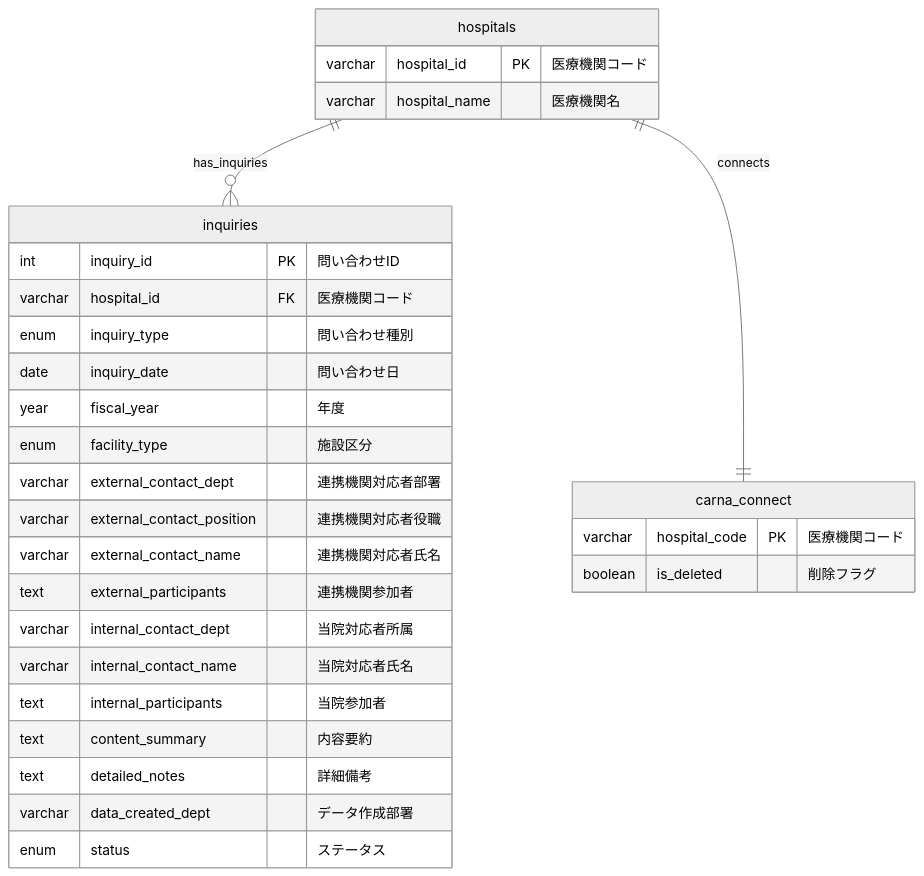
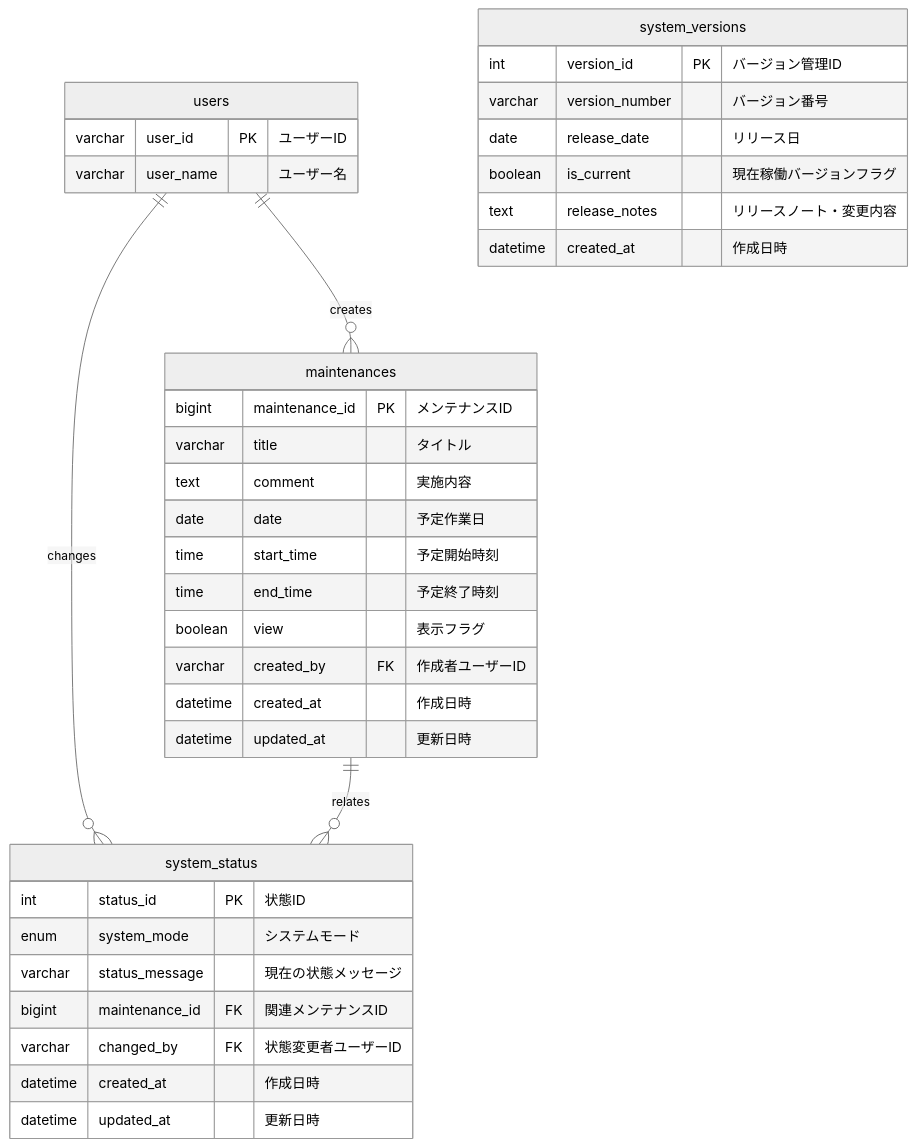
The ninth of 10 diagrams in rebuild/資料/新医療機関システム/仕様書等/DB/E-R/ER_diagram.md (w3422008/update_DB), drawn with Mermaid (neutral theme) before and after one commit. The commit also changed other lines of this file and 5 other files, not shown here.

Commit message:
E-R図作成

````diff
--- a/rebuild/資料/新医療機関システム/仕様書等/DB/E-R/ER_diagram.md
+++ b/rebuild/資料/新医療機関システム/仕様書等/DB/E-R/ER_diagram.md
@@ -519,36 +350,44 @@
 ```mermaid
 erDiagram
-    hospitals {
-        varchar hospital_id PK "医療機関コード"
-        varchar hospital_name "医療機関名"
+    users {
+        varchar user_id PK "ユーザーID"
+        varchar user_name "ユーザー名"
     }
     
-    inquiries {
-        int inquiry_id PK "問い合わせID"
-        varchar hospital_id FK "医療機関コード"
-        enum inquiry_type "問い合わせ種別"
-        date inquiry_date "問い合わせ日"
-        year fiscal_year "年度"
-        enum facility_type "施設区分"
-        varchar external_contact_dept "連携機関対応者部署"
-        varchar external_contact_position "連携機関対応者役職"
-        varchar external_contact_name "連携機関対応者氏名"
-        text external_participants "連携機関参加者"
-        varchar internal_contact_dept "当院対応者所属"
-        varchar internal_contact_name "当院対応者氏名"
-        text internal_participants "当院参加者"
-        text content_summary "内容要約"
-        text detailed_notes "詳細備考"
-        varchar data_created_dept "データ作成部署"
-        enum status "ステータス"
+    maintenances {
+        bigint maintenance_id PK "メンテナンスID"
+        varchar title "タイトル"
+        text comment "実施内容"
+        date date "予定作業日"
+        time start_time "予定開始時刻"
+        time end_time "予定終了時刻"
+        boolean view "表示フラグ"
+        varchar created_by FK "作成者ユーザーID"
+        datetime created_at "作成日時"
+        datetime updated_at "更新日時"
     }
     
-    carna_connect {
-        varchar hospital_code PK "医療機関コード"
-        boolean is_deleted "削除フラグ"
+    system_status {
+        int status_id PK "状態ID"
+        enum system_mode "システムモード"
+        varchar status_message "現在の状態メッセージ"
+        bigint maintenance_id FK "関連メンテナンスID"
+        varchar changed_by FK "状態変更者ユーザーID"
+        datetime created_at "作成日時"
+        datetime updated_at "更新日時"
+    }
+    
+    system_versions {
+        int version_id PK "バージョン管理ID"
+        varchar version_number "バージョン番号"
+        date release_date "リリース日"
+        boolean is_current "現在稼働バージョンフラグ"
+        text release_notes "リリースノート・変更内容"
+        datetime created_at "作成日時"
     }
     
     %% リレーションシップ
-    hospitals ||--o{ inquiries : "has_inquiries"
-    hospitals ||--|| carna_connect : "connects"
+    users ||--o{ maintenances : "creates"
+    users ||--o{ system_status : "changes"
+    maintenances ||--o{ system_status : "relates"
 ```
````
